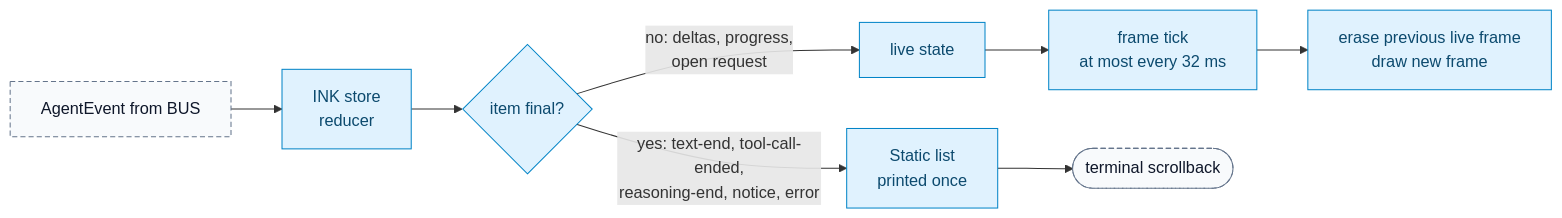
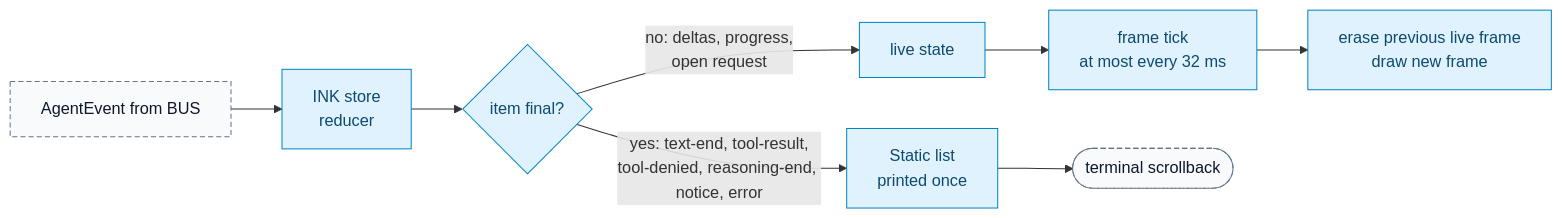
Before and after one commit to Dakshnagpal/antai-agent: the second of 6 diagrams in docs/Deliverables/13_terminal_ui_design.md, drawn with Mermaid. The commit also changed other lines of this file and 18 other files, not shown here.

````diff
--- a/docs/Deliverables/13_terminal_ui_design.md
+++ b/docs/Deliverables/13_terminal_ui_design.md
@@ -188,14 +193,14 @@
 ```mermaid
 flowchart LR
     EV["AgentEvent from BUS"] --> RD["INK store<br/>reducer"]
     RD --> Q{"item final?"}
-    Q -- "yes: text-end, tool-call-ended,<br/>reasoning-end, notice, error" --> ST["Static list<br/>printed once"]
+    Q -- "yes: text-end, tool-result,<br/>tool-denied, reasoning-end, notice, error" --> ST["Static list<br/>printed once"]
     Q -- "no: deltas, progress,<br/>open request" --> LV["live state"]
     LV --> FR["frame tick<br/>at most every 32 ms"]
     FR --> DR["erase previous live frame<br/>draw new frame"]
     ST --> SB(["terminal scrollback"])
     classDef ui fill:#e0f2fe,stroke:#0284c7,color:#0c4a6e
     classDef ext fill:#f8fafc,stroke:#64748b,color:#0f172a,stroke-dasharray:5 3
     class RD,Q,ST,LV,FR,DR ui
     class EV,SB ext
 ```
````
